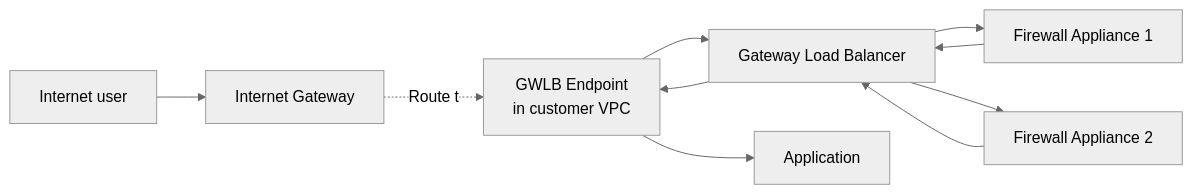
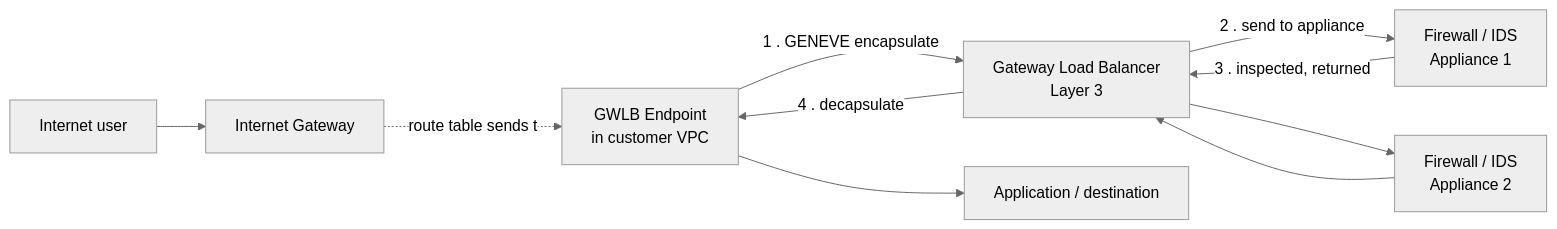
The fifth of 6 diagrams in AWS-SAP-C02-Study-Notes/03-Compute-Storage/04-elb-types.md (vijayclarion/architecturestudy), drawn with Mermaid (neutral theme) before and after one commit. The commit also changed other lines of this file and 119 other files, not shown here.

````diff
--- a/AWS-SAP-C02-Study-Notes/03-Compute-Storage/04-elb-types.md
+++ b/AWS-SAP-C02-Study-Notes/03-Compute-Storage/04-elb-types.md
@@ -171,12 +273,12 @@
 ```mermaid
 flowchart LR
     USER[Internet user] --> IGW[Internet Gateway]
-    IGW -.Route to.-> GWLBE[GWLB Endpoint<br/>in customer VPC]
-    GWLBE --> GWLB[Gateway Load Balancer]
-    GWLB --> FW1[Firewall Appliance 1]
-    GWLB --> FW2[Firewall Appliance 2]
-    FW1 --> GWLB
+    IGW -.route table sends to.-> GWLBE[GWLB Endpoint<br/>in customer VPC]
+    GWLBE -->|1 . GENEVE encapsulate| GWLB[Gateway Load Balancer<br/>Layer 3]
+    GWLB -->|2 . send to appliance| FW1[Firewall / IDS<br/>Appliance 1]
+    GWLB --> FW2[Firewall / IDS<br/>Appliance 2]
+    FW1 -->|3 . inspected, returned| GWLB
     FW2 --> GWLB
-    GWLB --> GWLBE
-    GWLBE --> APP[Application]
+    GWLB -->|4 . decapsulate| GWLBE
+    GWLBE --> APP[Application / destination]
 ```
````
